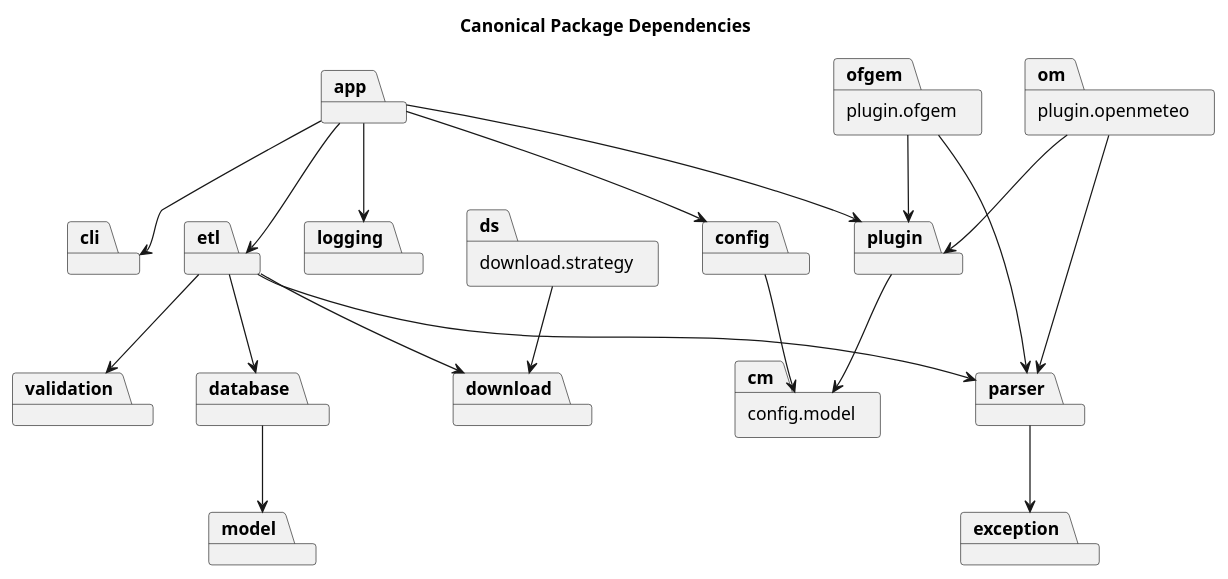
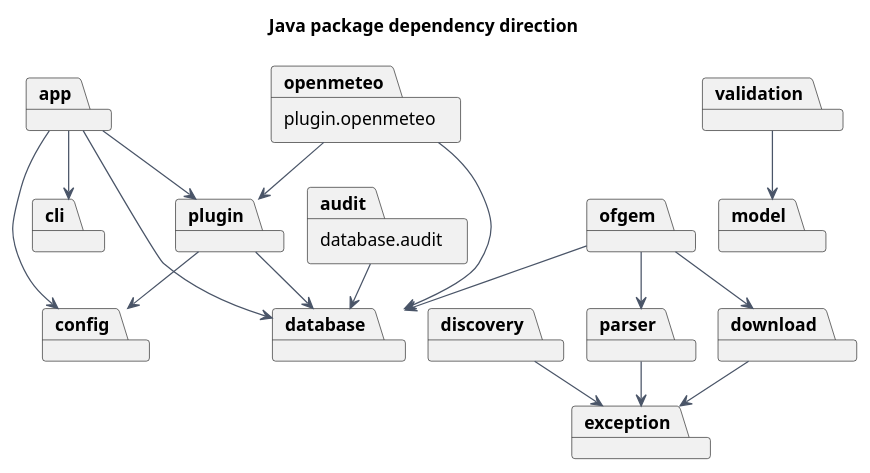
One commit to TerryCurranZellis/OpenData changed the diagram in docs/diagrams/source/package-dependencies.puml. Above: the diagram before and after it, drawn with PlantUML. The commit also changed 67 other files, not shown here.

```diff
--- a/docs/diagrams/source/package-dependencies.puml
+++ b/docs/diagrams/source/package-dependencies.puml
@@ -1,37 +1,44 @@
 @startuml
-title Canonical Package Dependencies
+!pragma layout smetana
+skinparam shadowing false
+skinparam defaultFontName Arial
+skinparam packageStyle rectangle
+skinparam componentStyle rectangle
+skinparam linetype ortho
+skinparam ArrowColor #4A5568
+skinparam BorderColor #4A5568
+skinparam BackgroundColor white
+skinparam NoteBackgroundColor #FFF8DC
+skinparam NoteBorderColor #A67C00
+title Java package dependency direction
 package app
 package cli
 package config
-package "config.model" as cm
 package plugin
-package "plugin.ofgem" as ofgem
-package "plugin.openmeteo" as om
-package etl
+package "plugin.openmeteo" as openmeteo
+package ofgem
+package database
+package "database.audit" as audit
+package discovery
 package download
-package "download.strategy" as ds
 package parser
 package validation
-package database
 package model
-package logging
 package exception
 app --> cli
 app --> config
 app --> plugin
-app --> etl
-app --> logging
-config --> cm
-plugin --> cm
-ofgem --> plugin
+app --> database
+plugin --> config
+plugin --> database
+openmeteo --> plugin
+openmeteo --> database
+ofgem --> database
+ofgem --> download
 ofgem --> parser
-om --> plugin
-om --> parser
-etl --> download
-etl --> parser
-etl --> validation
-etl --> database
-ds --> download
+audit --> database
+discovery --> exception
+download --> exception
 parser --> exception
-database --> model
+validation --> model
 @enduml
```
